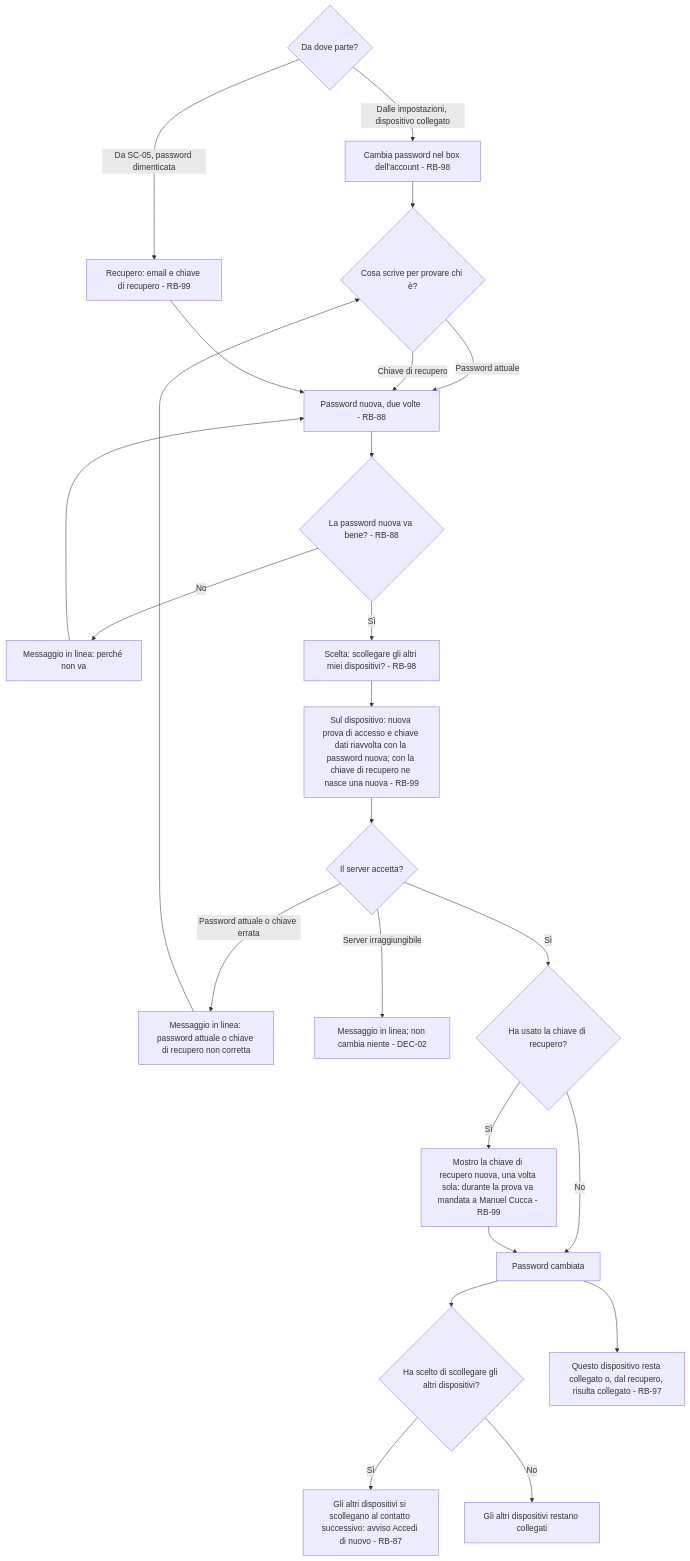
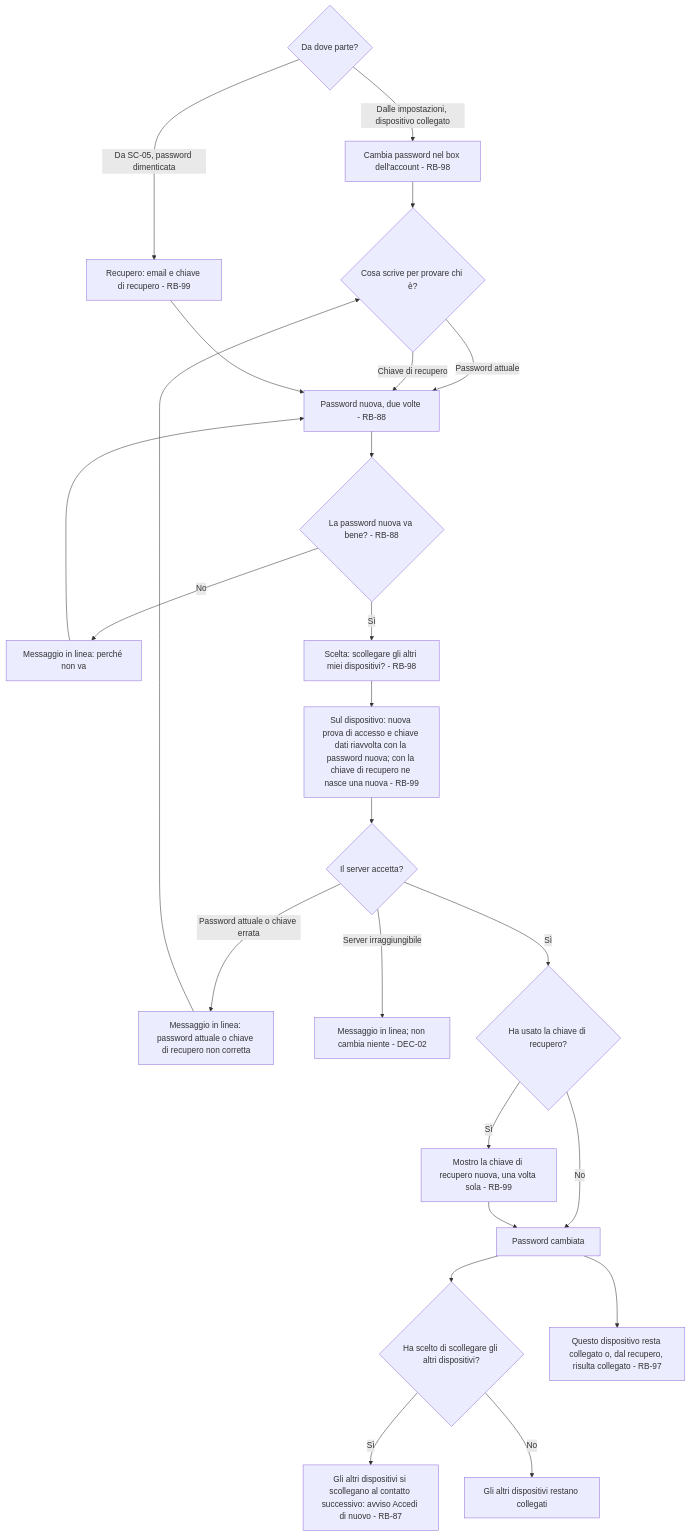
The third of 4 diagrams in docs/moduli/sincronizzazione/2-flussi.md (Helmutsti/MemoDu), drawn with Mermaid before and after one commit. The commit also changed other lines of this file and 8 other files, not shown here.

First line of the commit message:
DEC-140: nessun promemoria sotto la chiave di recupero nuova

````diff
--- a/docs/moduli/sincronizzazione/2-flussi.md
+++ b/docs/moduli/sincronizzazione/2-flussi.md
@@ -125,26 +125,26 @@
 ```mermaid
 flowchart TD
     A{Da dove parte?} -- Dalle impostazioni, dispositivo collegato --> B[Cambia password nel box dell'account - RB-98]
     A -- Da SC-05, password dimenticata --> C[Recupero: email e chiave di recupero - RB-99]
     B --> D{Cosa scrive per provare chi è?}
     D -- Password attuale --> E[Password nuova, due volte - RB-88]
     D -- Chiave di recupero --> E
     C --> E
     E --> F{La password nuova va bene? - RB-88}
     F -- No --> G[Messaggio in linea: perché non va]
     G --> E
     F -- Sì --> H[Scelta: scollegare gli altri miei dispositivi? - RB-98]
     H --> I[Sul dispositivo: nuova prova di accesso e chiave dati riavvolta con la password nuova; con la chiave di recupero ne nasce una nuova - RB-99]
     I --> J{Il server accetta?}
     J -- Password attuale o chiave errata --> K[Messaggio in linea: password attuale o chiave di recupero non corretta]
     K --> D
     J -- Server irraggiungibile --> L[Messaggio in linea; non cambia niente - DEC-02]
     J -- Sì --> M{Ha usato la chiave di recupero?}
-    M -- Sì --> N[Mostro la chiave di recupero nuova, una volta sola: durante la prova va mandata a Manuel Cucca - RB-99]
+    M -- Sì --> N[Mostro la chiave di recupero nuova, una volta sola - RB-99]
     M -- No --> O[Password cambiata]
     N --> O
     O --> P{Ha scelto di scollegare gli altri dispositivi?}
     P -- Sì --> Q[Gli altri dispositivi si scollegano al contatto successivo: avviso Accedi di nuovo - RB-87]
     P -- No --> R[Gli altri dispositivi restano collegati]
     O --> S[Questo dispositivo resta collegato o, dal recupero, risulta collegato - RB-97]
 ```
````
